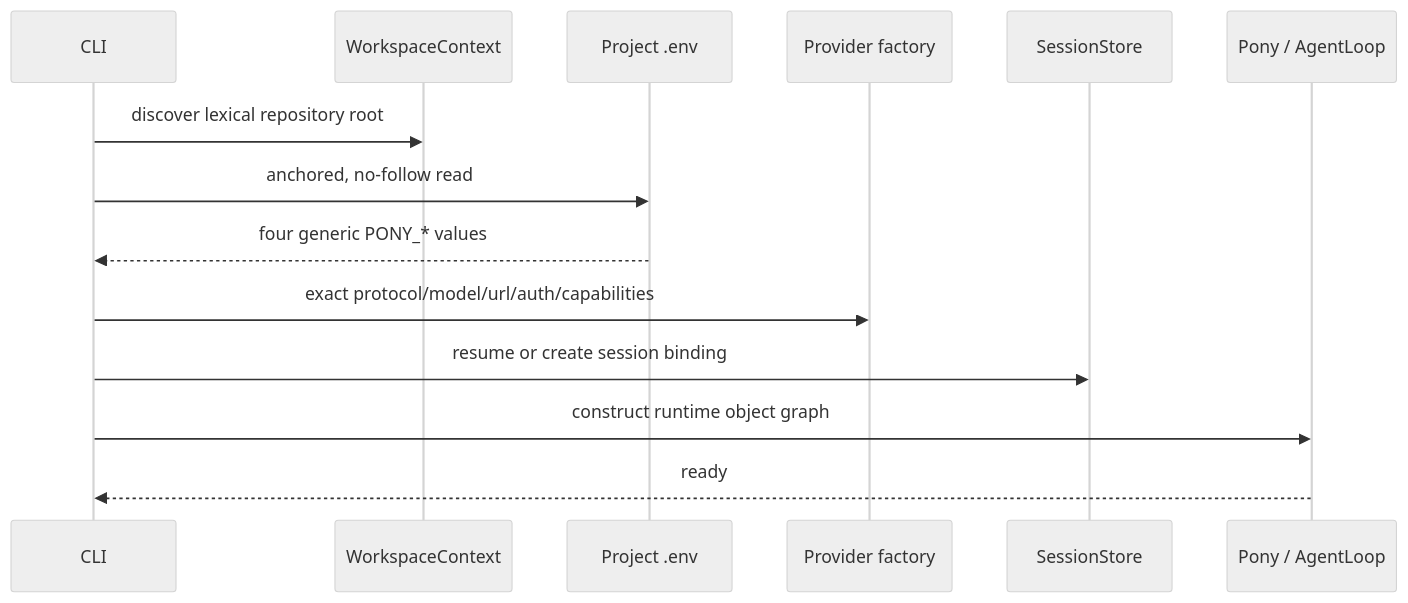
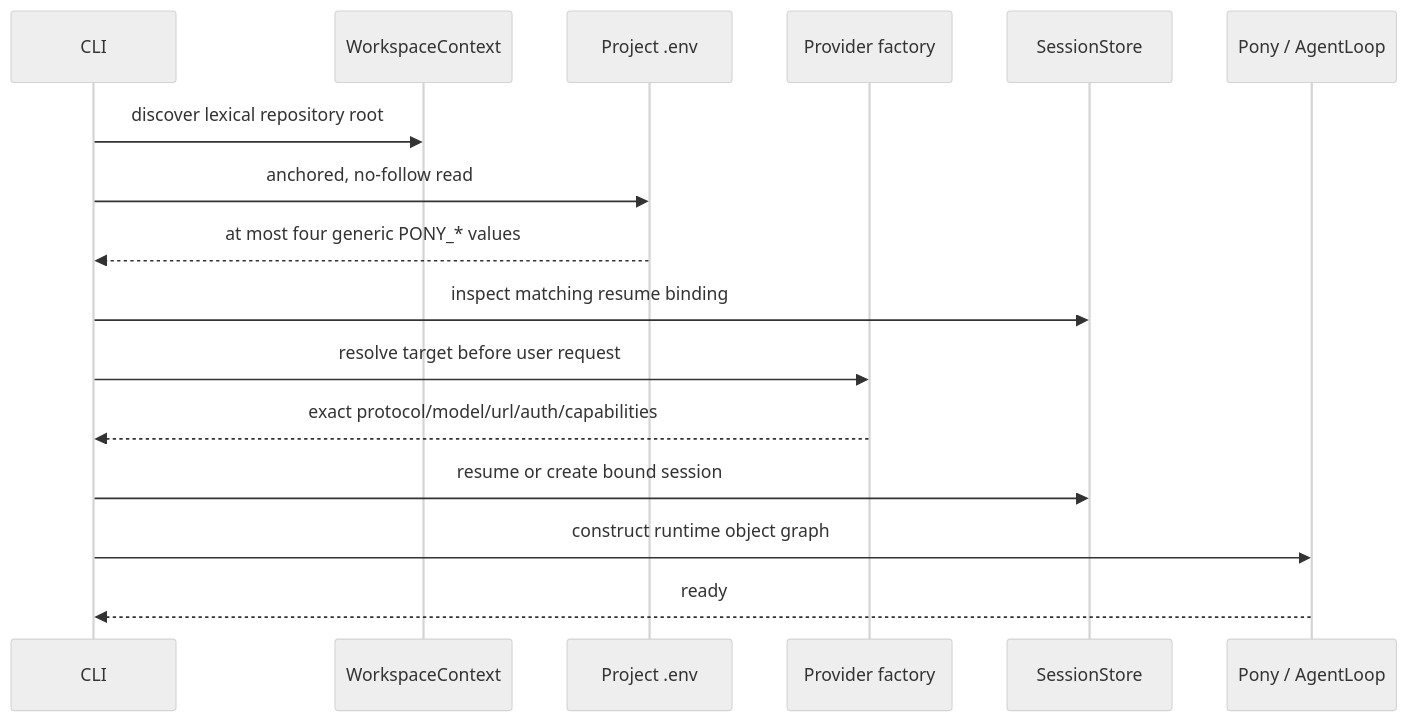
One commit to xiawiie/pony-code changed the second of 5 diagrams in docs/architecture.md. Above: the diagram before and after it, drawn with Mermaid (neutral theme). The commit also changed other lines of this file and 14 other files, not shown here.

````diff
--- a/docs/architecture.md
+++ b/docs/architecture.md
@@ -74,17 +74,19 @@
 ```mermaid
 sequenceDiagram
     participant C as CLI
     participant W as WorkspaceContext
     participant E as Project .env
     participant P as Provider factory
     participant S as SessionStore
     participant A as Pony / AgentLoop
 
     C->>W: discover lexical repository root
     C->>E: anchored, no-follow read
-    E-->>C: four generic PONY_* values
-    C->>P: exact protocol/model/url/auth/capabilities
-    C->>S: resume or create session binding
+    E-->>C: at most four generic PONY_* values
+    C->>S: inspect matching resume binding
+    C->>P: resolve target before user request
+    P-->>C: exact protocol/model/url/auth/capabilities
+    C->>S: resume or create bound session
     C->>A: construct runtime object graph
     A-->>C: ready
 ```
````
